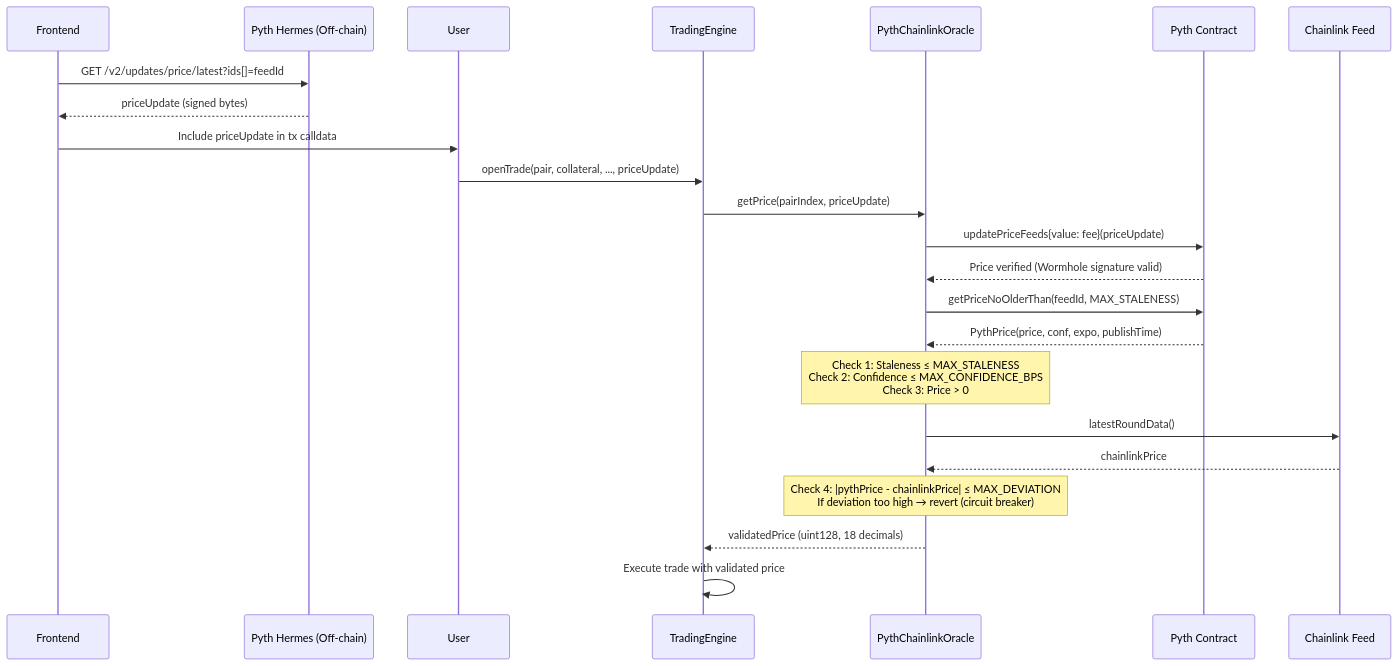
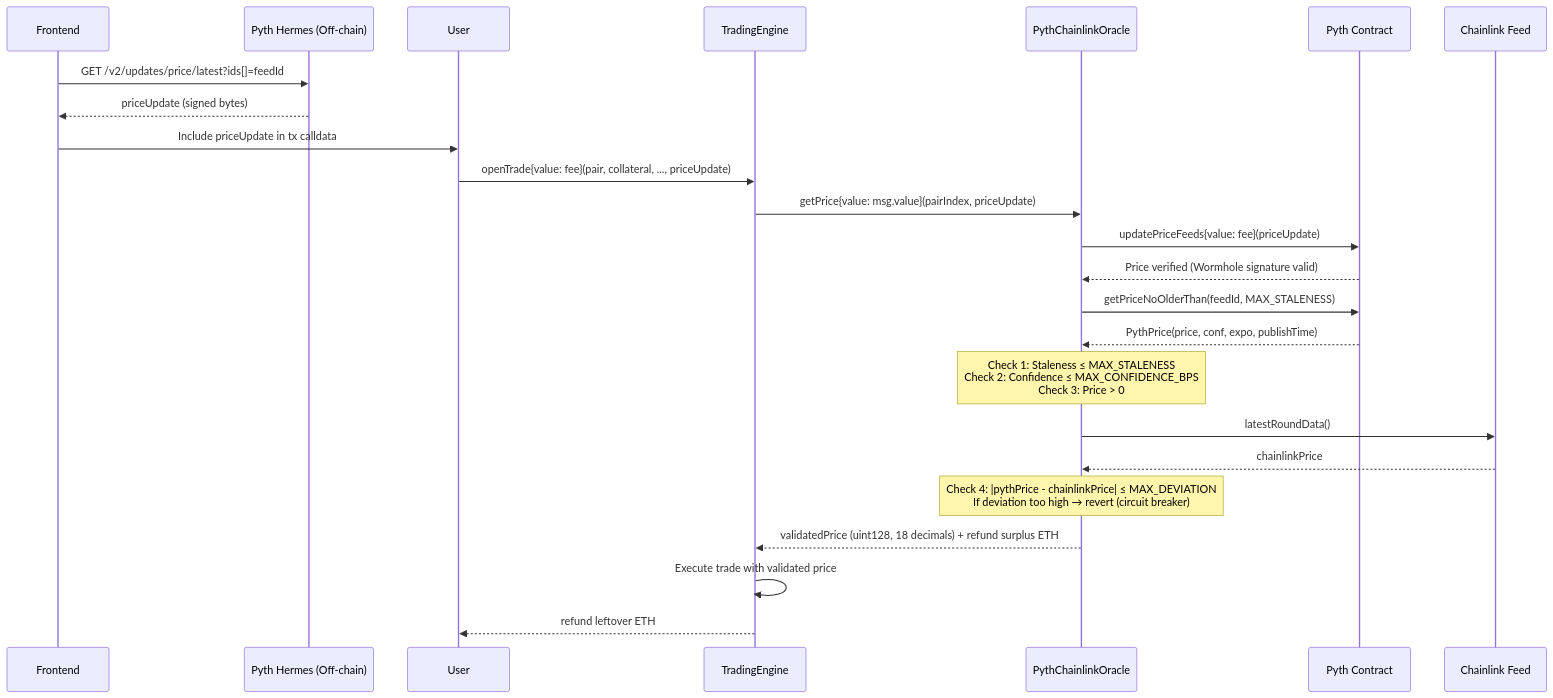
One commit to GushALKDev/evm-synthetic-trading-protocol changed the second of 5 diagrams in docs/03-architecture.md. Above: the diagram before and after it, drawn with Mermaid. The commit also changed other lines of this file and 3 other files, not shown here.

First line of the commit message:
Sync project state across ROADMAP, CLAUDE docs, and README to Phases 1-7

````diff
--- a/docs/03-architecture.md
+++ b/docs/03-architecture.md
@@ -117,33 +117,34 @@
 ```mermaid
 sequenceDiagram
     participant Frontend
     participant Hermes as Pyth Hermes (Off-chain)
     participant User
     participant Engine as TradingEngine
     participant Oracle as PythChainlinkOracle
     participant Pyth as Pyth Contract
     participant CL as Chainlink Feed
 
     Frontend->>Hermes: GET /v2/updates/price/latest?ids[]=feedId
     Hermes-->>Frontend: priceUpdate (signed bytes)
     Frontend->>User: Include priceUpdate in tx calldata
 
-    User->>Engine: openTrade(pair, collateral, ..., priceUpdate)
-    Engine->>Oracle: getPrice(pairIndex, priceUpdate)
+    User->>Engine: openTrade{value: fee}(pair, collateral, ..., priceUpdate)
+    Engine->>Oracle: getPrice{value: msg.value}(pairIndex, priceUpdate)
 
     Oracle->>Pyth: updatePriceFeeds{value: fee}(priceUpdate)
     Pyth-->>Oracle: Price verified (Wormhole signature valid)
 
     Oracle->>Pyth: getPriceNoOlderThan(feedId, MAX_STALENESS)
     Pyth-->>Oracle: PythPrice(price, conf, expo, publishTime)
 
     Note over Oracle: Check 1: Staleness ≤ MAX_STALENESS<br/>Check 2: Confidence ≤ MAX_CONFIDENCE_BPS<br/>Check 3: Price > 0
 
     Oracle->>CL: latestRoundData()
     CL-->>Oracle: chainlinkPrice
 
     Note over Oracle: Check 4: |pythPrice - chainlinkPrice| ≤ MAX_DEVIATION<br/>If deviation too high → revert (circuit breaker)
 
-    Oracle-->>Engine: validatedPrice (uint128, 18 decimals)
+    Oracle-->>Engine: validatedPrice (uint128, 18 decimals) + refund surplus ETH
     Engine->>Engine: Execute trade with validated price
+    Engine-->>User: refund leftover ETH
 ```
````
